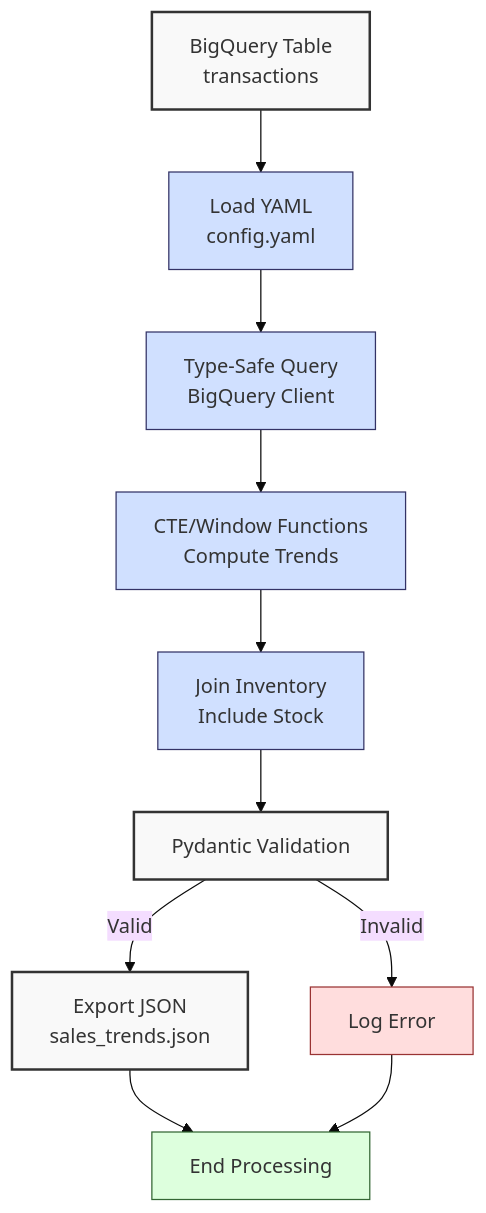
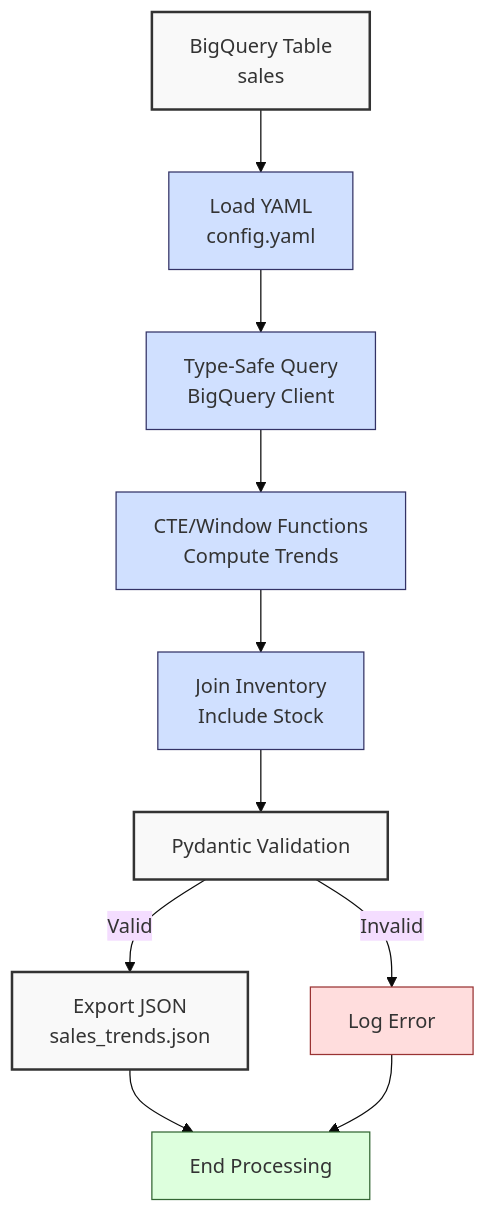
The third of 4 diagrams in apps-standalone/ayokoding-web/content/en/learn/software-engineering/onboardings/hijra-data-engineering/ch27-bigquery-advanced-querying/_index.md (wahidyankf/oss), drawn with Mermaid (base theme) before and after one commit. The commit also changed other lines of this file and 5 other files, not shown here.

````diff
--- a/apps-standalone/ayokoding-web/content/en/learn/software-engineering/onboardings/hijra-data-engineering/ch27-bigquery-advanced-querying/_index.md
+++ b/apps-standalone/ayokoding-web/content/en/learn/software-engineering/onboardings/hijra-data-engineering/ch27-bigquery-advanced-querying/_index.md
@@ -313,22 +315,22 @@
 ```mermaid
 flowchart TD
-    A["BigQuery Table<br>transactions"] --> B["Load YAML<br>config.yaml"]
+    A["BigQuery Table<br>sales"] --> B["Load YAML<br>config.yaml"]
     B --> C["Type-Safe Query<br>BigQuery Client"]
     C --> D["CTE/Window Functions<br>Compute Trends"]
     D --> E["Join Inventory<br>Include Stock"]
     E --> F["Pydantic Validation"]
     F -->|Valid| G["Export JSON<br>sales_trends.json"]
     F -->|Invalid| H["Log Error"]
     G --> I["End Processing"]
     H --> I
 
     classDef data fill:#f9f9f9,stroke:#333,stroke-width:2px
     classDef process fill:#d0e0ff,stroke:#336,stroke-width:1px
     classDef error fill:#ffdddd,stroke:#933,stroke-width:1px
     classDef endpoint fill:#ddffdd,stroke:#363,stroke-width:1px
 
     class A,F,G data
     class B,C,D,E process
     class H error
     class I endpoint
 ```
````
